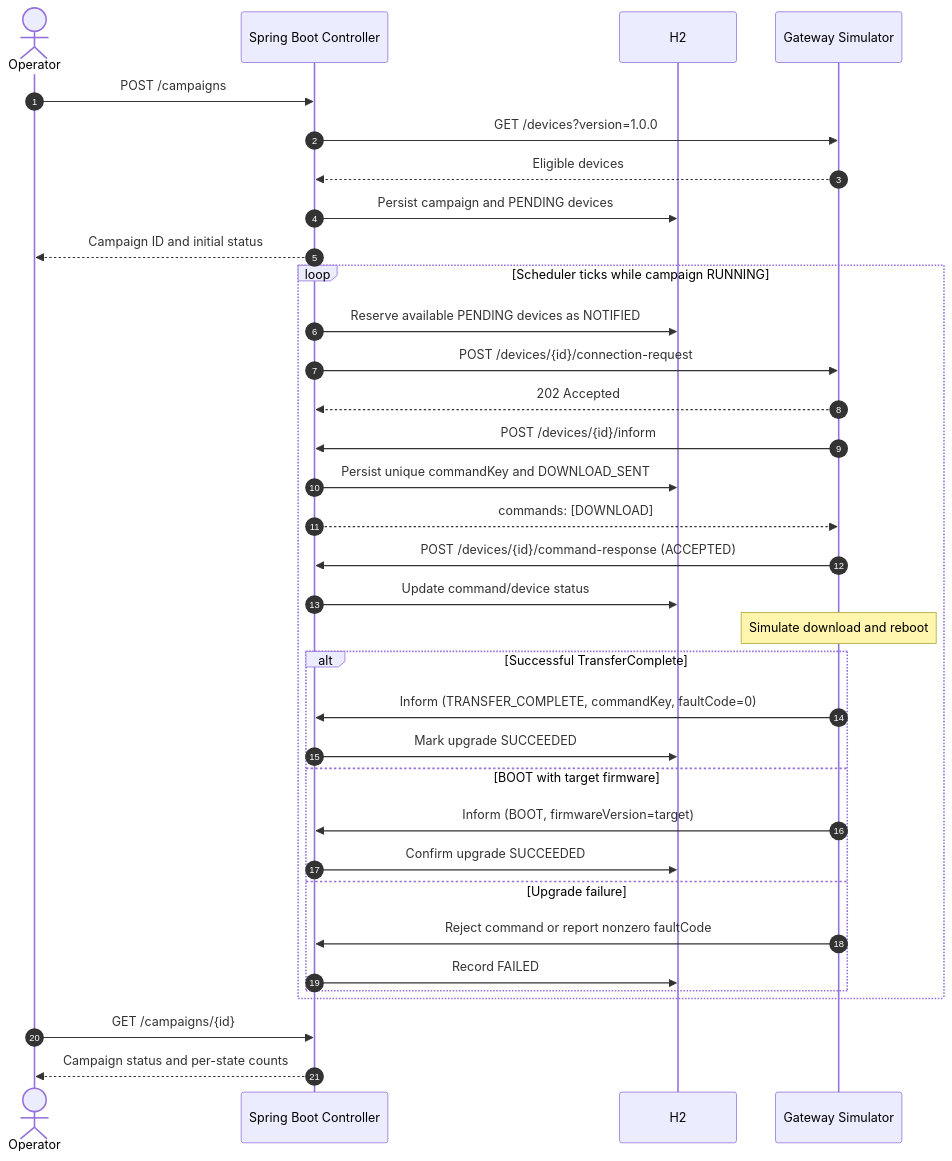
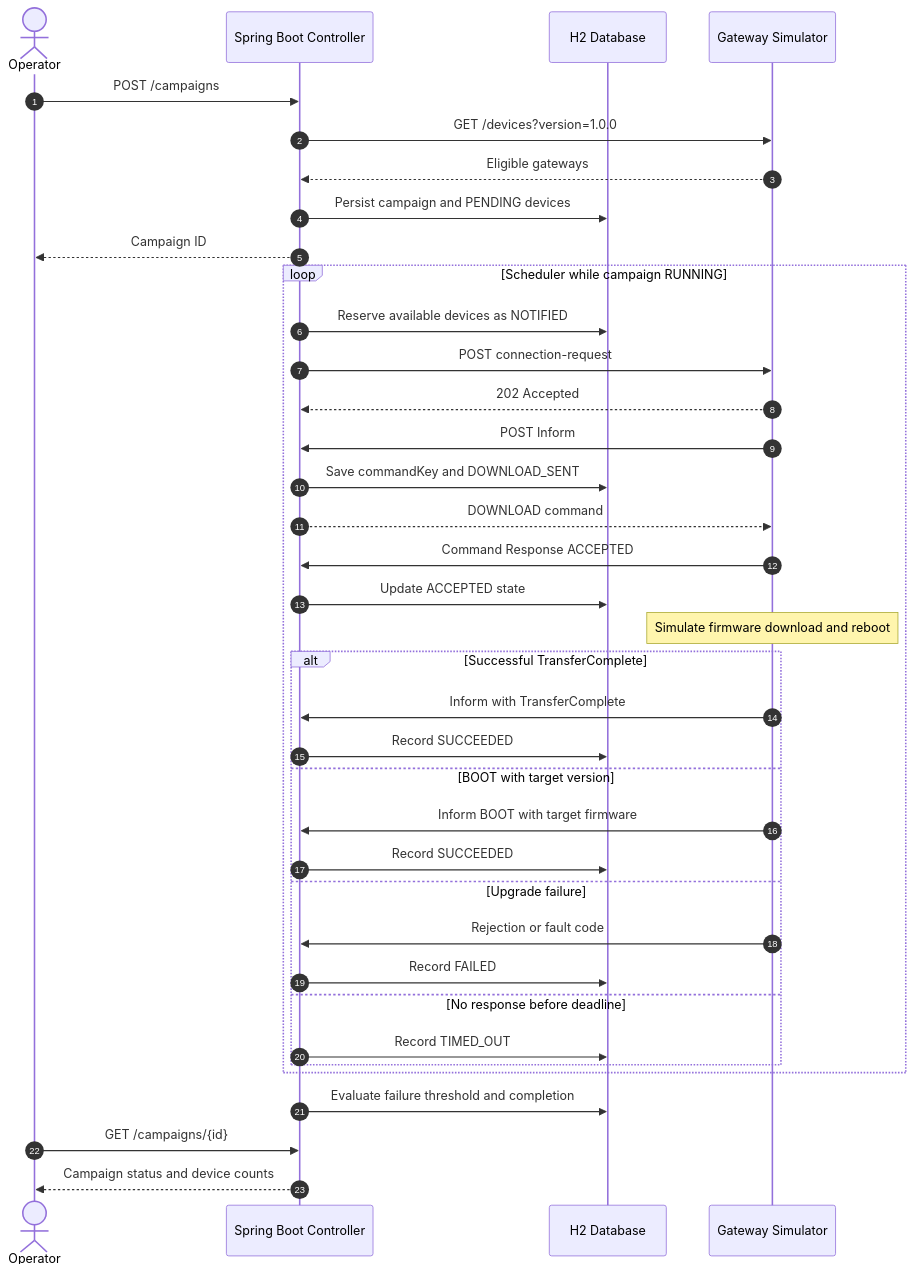
The second of 3 diagrams in README.md (suneelagrawal/device-simulator), drawn with Mermaid before and after one commit. The commit also changed other lines of this file, not shown here.

````diff
--- a/README.md
+++ b/README.md
@@ -58,39 +74,48 @@
 ```mermaid
 sequenceDiagram
     autonumber
+
     actor O as Operator
     participant C as Spring Boot Controller
-    participant DB as H2
+    participant DB as H2 Database
     participant G as Gateway Simulator
 
     O->>C: POST /campaigns
     C->>G: GET /devices?version=1.0.0
-    G-->>C: Eligible devices
+    G-->>C: Eligible gateways
     C->>DB: Persist campaign and PENDING devices
-    C-->>O: Campaign ID and initial status
+    C-->>O: Campaign ID
 
-    loop Scheduler ticks while campaign RUNNING
-        C->>DB: Reserve available PENDING devices as NOTIFIED
-        C->>G: POST /devices/{id}/connection-request
+    loop Scheduler while campaign RUNNING
+        C->>DB: Reserve available devices as NOTIFIED
+        C->>G: POST connection-request
         G-->>C: 202 Accepted
-        G->>C: POST /devices/{id}/inform
-        C->>DB: Persist unique commandKey and DOWNLOAD_SENT
-        C-->>G: commands: [DOWNLOAD]
-        G->>C: POST /devices/{id}/command-response (ACCEPTED)
-        C->>DB: Update command/device status
-        Note over G: Simulate download and reboot
+
+        G->>C: POST Inform
+        C->>DB: Save commandKey and DOWNLOAD_SENT
+        C-->>G: DOWNLOAD command
+
+        G->>C: Command Response ACCEPTED
+        C->>DB: Update ACCEPTED state
+
+        Note over G: Simulate firmware download and reboot
+
         alt Successful TransferComplete
-            G->>C: Inform (TRANSFER_COMPLETE, commandKey, faultCode=0)
-            C->>DB: Mark upgrade SUCCEEDED
-        else BOOT with target firmware
-            G->>C: Inform (BOOT, firmwareVersion=target)
-            C->>DB: Confirm upgrade SUCCEEDED
+            G->>C: Inform with TransferComplete
+            C->>DB: Record SUCCEEDED
+        else BOOT with target version
+            G->>C: Inform BOOT with target firmware
+            C->>DB: Record SUCCEEDED
         else Upgrade failure
-            G->>C: Reject command or report nonzero faultCode
+            G->>C: Rejection or fault code
             C->>DB: Record FAILED
+        else No response before deadline
+            C->>DB: Record TIMED_OUT
         end
     end
 
+    C->>DB: Evaluate failure threshold and completion
+
     O->>C: GET /campaigns/{id}
-    C-->>O: Campaign status and per-state counts
+    C-->>O: Campaign status and device counts
 ```
````
